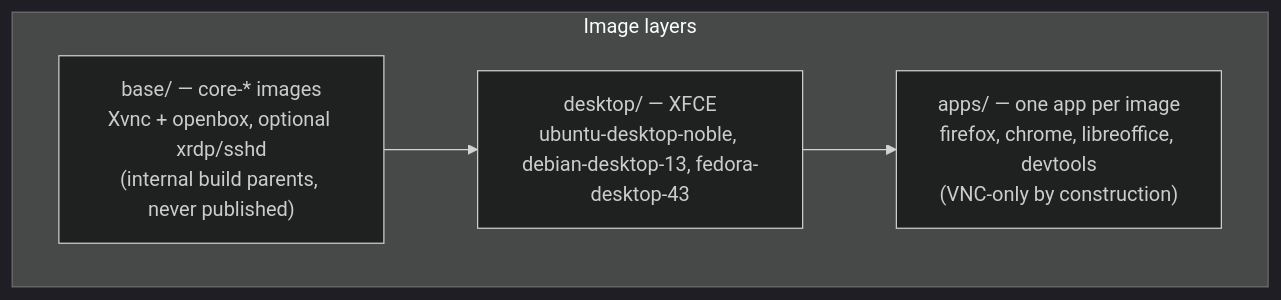
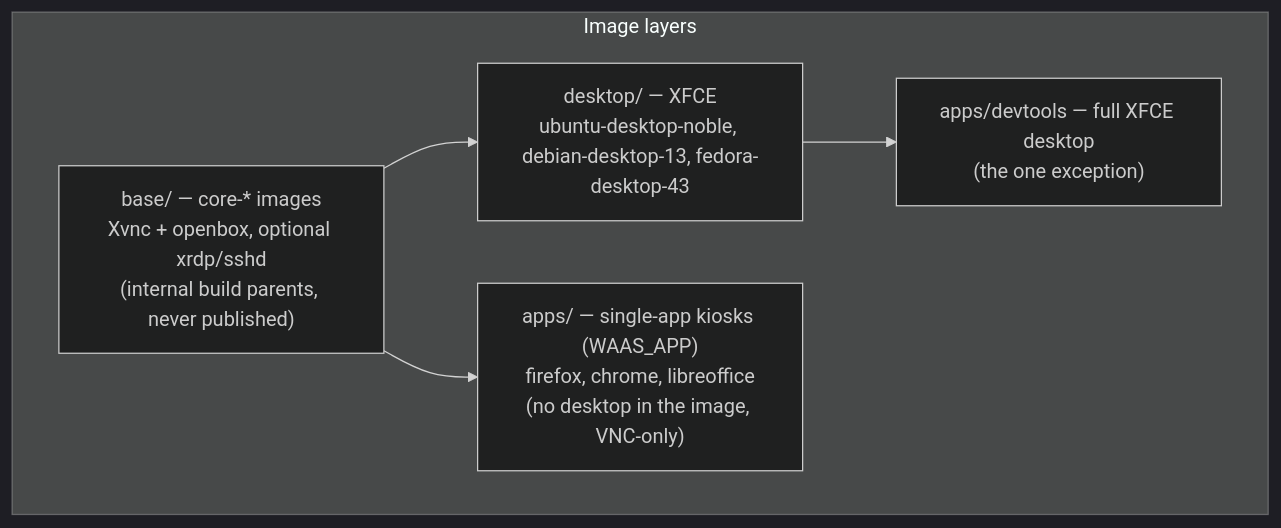
Before and after one commit to XoRHub/website: the diagram in docs/images/index.md, drawn with Mermaid (dark theme). The commit also changed other lines of this file and 1 other file, not shown here.

First line of the commit message:
docs: app images ship as single-app kiosks (WAAS_APP)

````diff
--- a/docs/images/index.md
+++ b/docs/images/index.md
@@ -27,9 +27,12 @@
 ```mermaid
 flowchart TB
     subgraph layers [Image layers]
         B["base/ — core-* images<br/>Xvnc + openbox, optional xrdp/sshd<br/>(internal build parents, never published)"]
         D["desktop/ — XFCE<br/>ubuntu-desktop-noble, debian-desktop-13, fedora-desktop-43"]
-        A["apps/ — one app per image<br/>firefox, chrome, libreoffice, devtools<br/>(VNC-only by construction)"]
-        B --> D --> A
+        A["apps/ — single-app kiosks (WAAS_APP)<br/>firefox, chrome, libreoffice<br/>(no desktop in the image, VNC-only)"]
+        DT["apps/devtools — full XFCE desktop<br/>(the one exception)"]
+        B --> D
+        B --> A
+        D --> DT
     end
 ```
````
